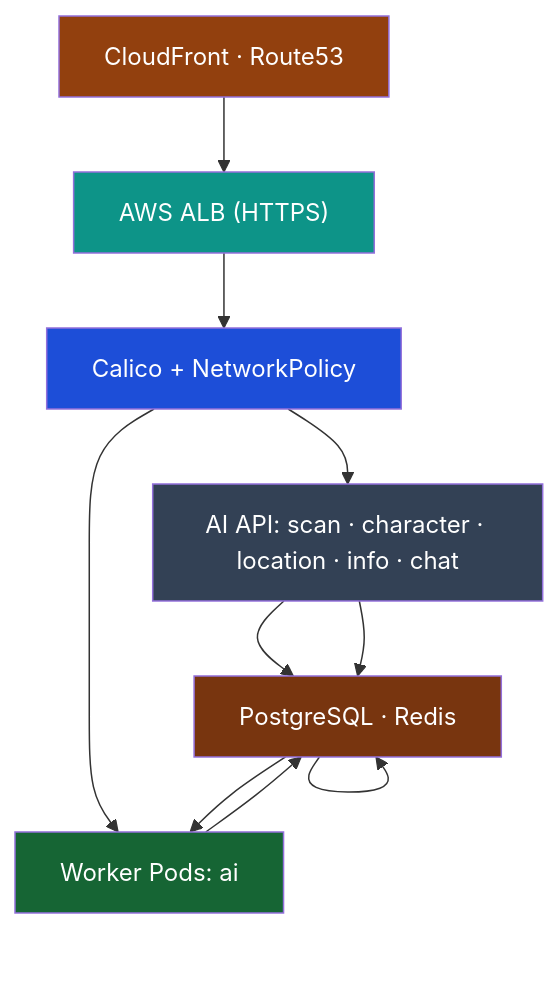
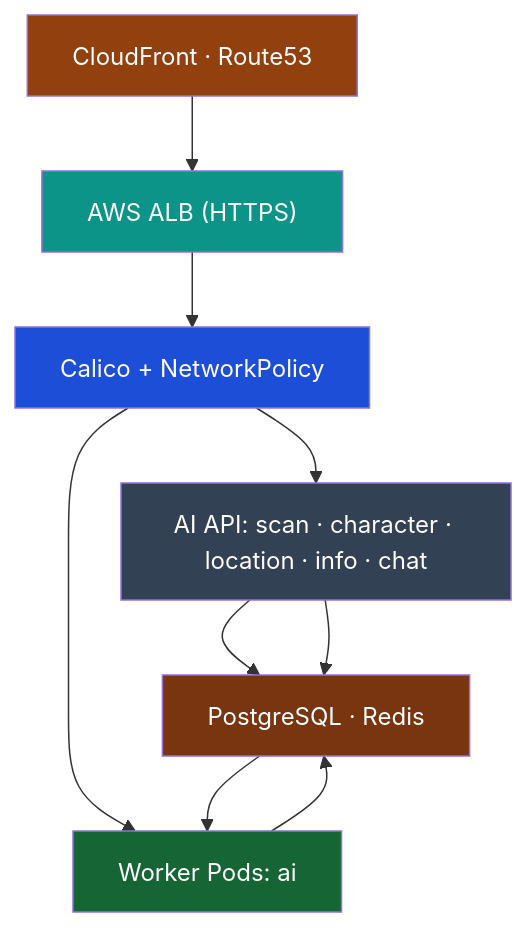
One commit to SeSACTHON/backend changed the first of 2 diagrams in README.md. Above: the diagram before and after it, drawn with Mermaid.

````diff
--- a/README.md
+++ b/README.md
@@ -62,18 +62,17 @@
 ```mermaid
 graph TD
     CF["CloudFront · Route53"] --> ALB["AWS ALB (HTTPS)"]
     ALB --> CALICO["Calico + NetworkPolicy"]
     CALICO --> API["API Pods: auth · my · scan · character · location · info · chat"]
     CALICO --> WORK["Worker Pods<br/>storage · ai"]
     API["non-AI API: auth · my · character · location · info"] --> DATA["Redis"]
-    DATA["Redis"] --> DATA["PostgreSQL"]
     API["AI API: scan · character · location · info · chat"] --> DATA["RabbitMQ"]
     DATA["RabbitMQ"] --> WORK["Worker Pods: ai"]
     WORK["Worker Pods: ai"] --> DATA["PostgreSQL · Redis"]
     style CF fill:#92400e,color:#fff
     style ALB fill:#0d9488,color:#fff
     style CALICO fill:#1d4ed8,color:#fff
     style API fill:#334155,color:#fff
     style WORK fill:#166534,color:#fff
     style DATA fill:#78350f,color:#fff
 ```
````
